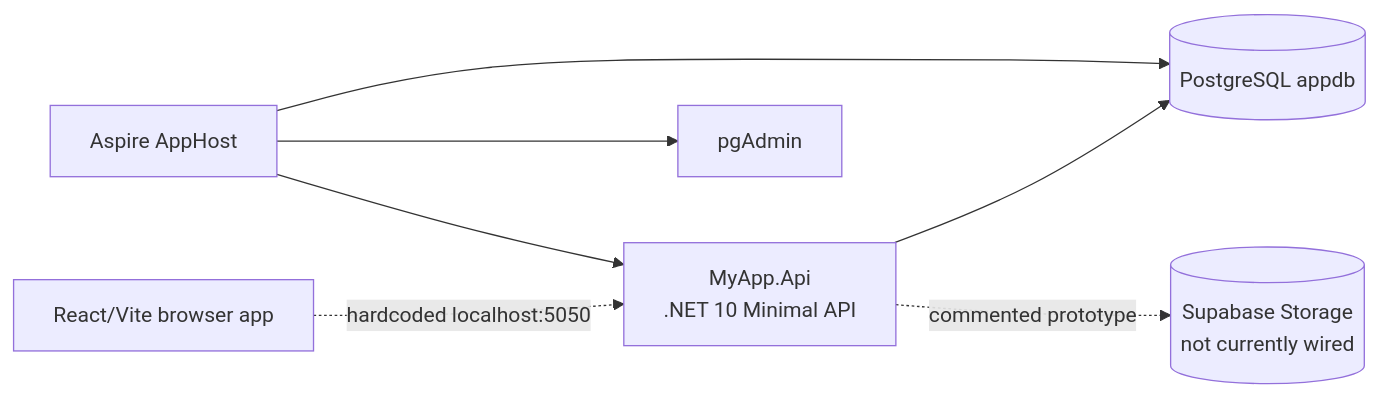
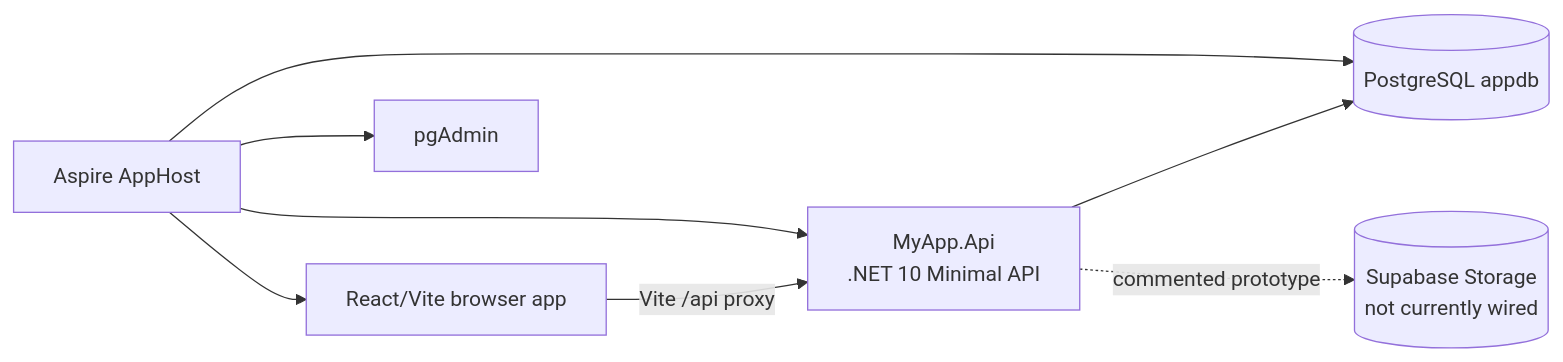
One commit to DPCoderr/custom-invoice-app changed the first of 7 diagrams in docs/ARCHITECTURE.md. Above: the diagram before and after it, drawn with Mermaid. The commit also changed other lines of this file and 8 other files, not shown here.

````diff
--- a/docs/ARCHITECTURE.md
+++ b/docs/ARCHITECTURE.md
@@ -19,15 +19,16 @@
 ```mermaid
 flowchart LR
     Browser[React/Vite browser app]
     API[MyApp.Api<br/>.NET 10 Minimal API]
     DB[(PostgreSQL appdb)]
     PG[pgAdmin]
     Storage[(Supabase Storage<br/>not currently wired)]
 
     AppHost[Aspire AppHost] --> API
     AppHost --> DB
     AppHost --> PG
     API --> DB
-    Browser -. hardcoded localhost:5050 .-> API
+    AppHost --> Browser
+    Browser -->|Vite /api proxy| API
     API -. commented prototype .-> Storage
 ```
````
